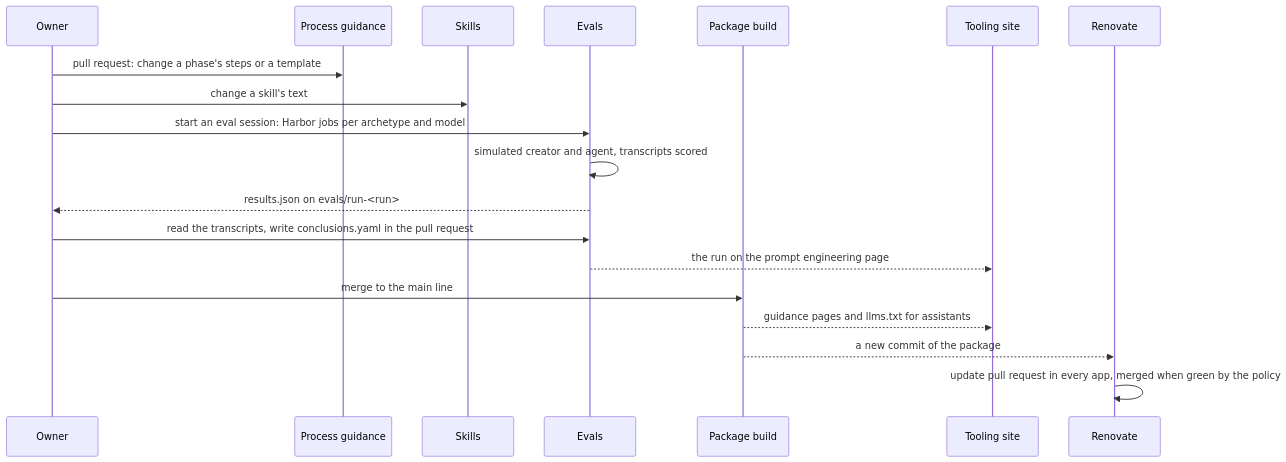
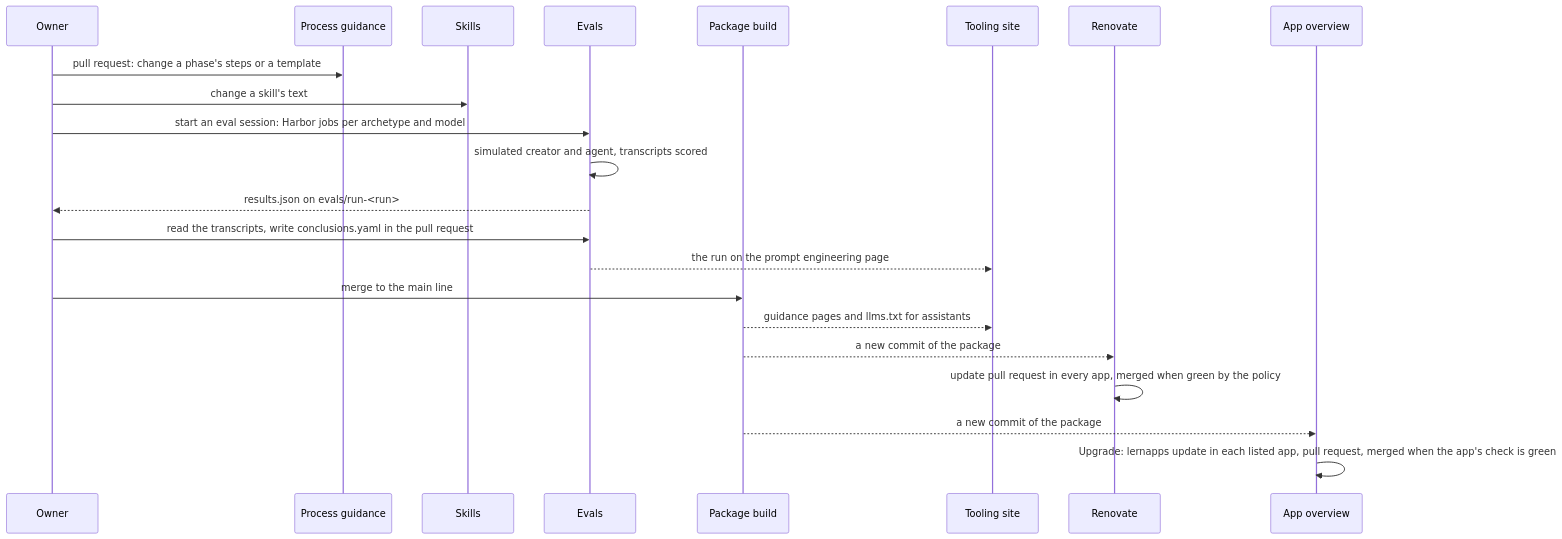
The fifth of 6 diagrams in docs/arc42/06-runtime-view.arc42.md (lernapps/tooling), drawn with Mermaid before and after one commit. The commit also changed other lines of this file and 3 other files, not shown here.

````diff
--- a/docs/arc42/06-runtime-view.arc42.md
+++ b/docs/arc42/06-runtime-view.arc42.md
@@ -249,21 +250,24 @@
 ```mermaid
 sequenceDiagram
     participant owner as Owner
     participant guidance as Process guidance
     participant skills as Skills
     participant evals as Evals
     participant package as Package build
     participant site as Tooling site
     participant github as Renovate
+    participant overview as App overview
     owner->>guidance: pull request: change a phase's steps or a template
     owner->>skills: change a skill's text
     owner->>evals: start an eval session: Harbor jobs per archetype and model
     evals->>evals: simulated creator and agent, transcripts scored
     evals-->>owner: results.json on evals/run-<run>
     owner->>evals: read the transcripts, write conclusions.yaml in the pull request
     evals-->>site: the run on the prompt engineering page
     owner->>package: merge to the main line
     package-->>site: guidance pages and llms.txt for assistants
     package-->>github: a new commit of the package
     github->>github: update pull request in every app, merged when green by the policy
+    package-->>overview: a new commit of the package
+    overview->>overview: Upgrade: lernapps update in each listed app, pull request, merged when the app's check is green
 ```
````
